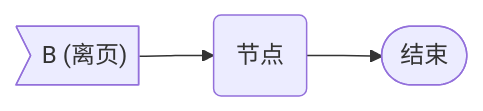
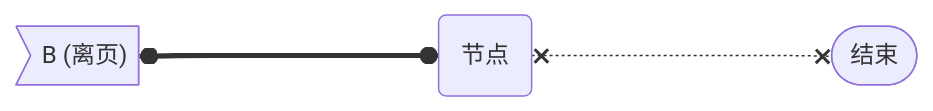
The second of 29 diagrams in released/demo/chart.md (MadMaxChow/VLOOK), drawn with Mermaid before and after one commit. The commit also changed other lines of this file and 79 other files, not shown here.

````diff
--- a/released/demo/chart.md
+++ b/released/demo/chart.md
@@ -81,4 +81,4 @@
 ```mermaid
 flowchart LR
-outpage2>"B (离页)"] --> node2(节点) --> END([结束])
+outpage2>"B (离页)"] o=====o node2(节点) x-....-x END([结束])
 ```
````
